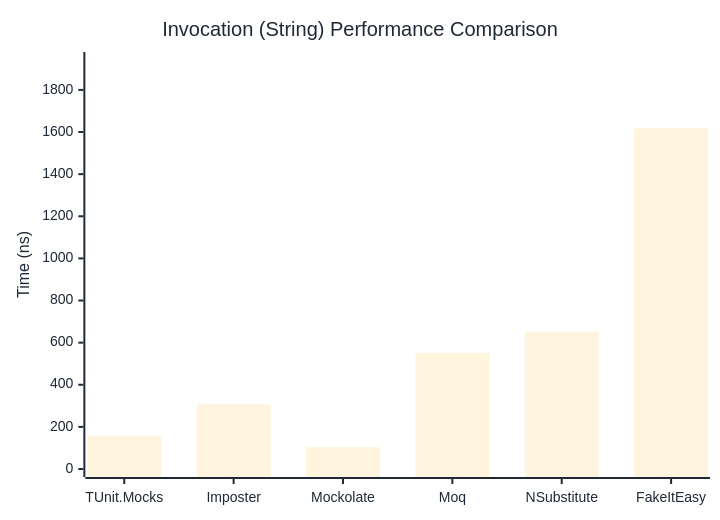
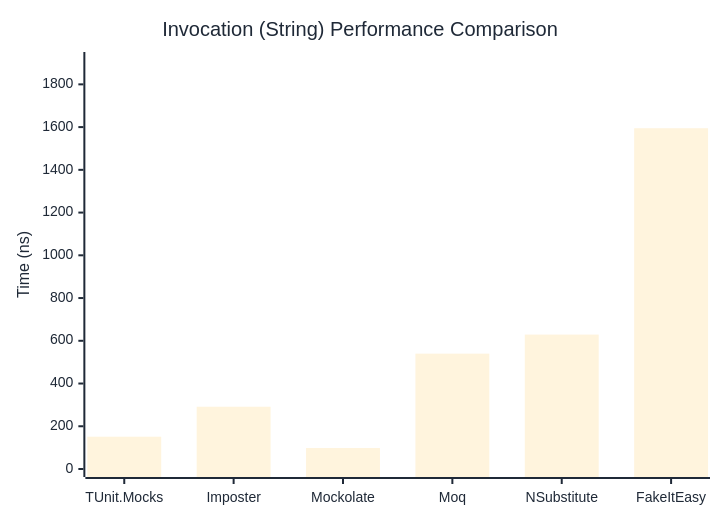
The second of 3 diagrams in docs/docs/benchmarks/mocks/Invocation.md (thomhurst/TUnit), drawn with Mermaid before and after one commit. The commit also changed other lines of this file and 14 other files, not shown here.

````diff
--- a/docs/docs/benchmarks/mocks/Invocation.md
+++ b/docs/docs/benchmarks/mocks/Invocation.md
@@ -69,27 +69,27 @@
 ```mermaid
 %%{init: {
   'theme':'base',
   'themeVariables': {
     'primaryColor': '#2563eb',
     'primaryTextColor': '#1f2937',
     'primaryBorderColor': '#1e40af',
     'lineColor': '#6b7280',
     'secondaryColor': '#7c3aed',
     'tertiaryColor': '#dc2626',
     'background': '#ffffff',
     'pie1': '#2563eb',
     'pie2': '#7c3aed',
     'pie3': '#dc2626',
     'pie4': '#f59e0b',
     'pie5': '#10b981',
     'pie6': '#06b6d4',
     'pie7': '#ec4899',
     'pie8': '#6366f1'
   }
 }}%%
 xychart-beta
   title "Invocation (String) Performance Comparison"
   x-axis ["TUnit.Mocks", "Imposter", "Mockolate", "Moq", "NSubstitute", "FakeItEasy"]
-  y-axis "Time (ns)" 0 --> 1942
-  bar [156.5, 306.4, 103.2, 550.5, 652.2, 1618.1]
+  y-axis "Time (ns)" 0 --> 1914
+  bar [151.12, 291.35, 98.2, 539.78, 629.05, 1594.7]
 ```
````
